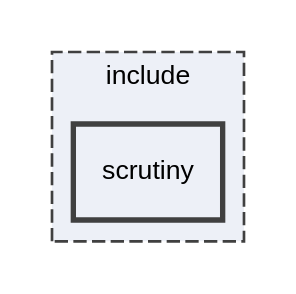
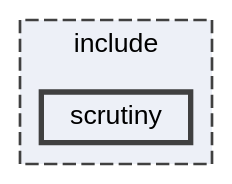
One commit to nickeldan/scrutiny changed the diagram in docs/dir_bbea7df79ae1dc059877576c0778bec3_dep.dot. Above: the diagram before and after it, drawn with Graphviz. The commit also changed 103 other files, not shown here.

```diff
--- a/docs/dir_bbea7df79ae1dc059877576c0778bec3_dep.dot
+++ b/docs/dir_bbea7df79ae1dc059877576c0778bec3_dep.dot
@@ -1,11 +1,12 @@
 digraph "include/scrutiny"
 {
  // LATEX_PDF_SIZE
-  edge [fontname="Helvetica",fontsize="10",labelfontname="Helvetica",labelfontsize="10"];
-  node [fontname="Helvetica",fontsize="10",shape=record];
+  bgcolor="transparent";
+  edge [fontname=Helvetica,fontsize=10,labelfontname=Helvetica,labelfontsize=10];
+  node [fontname=Helvetica,fontsize=10,shape=box,height=0.2,width=0.4];
   compound=true
   subgraph clusterdir_d44c64559bbebec7f509842c48db8b23 {
-    graph [ bgcolor="#edf0f7", pencolor="grey25", style="filled,dashed,", label="include", fontname="Helvetica", fontsize="10", URL="dir_d44c64559bbebec7f509842c48db8b23.html"]
-  dir_bbea7df79ae1dc059877576c0778bec3 [shape=box, label="scrutiny", style="filled,bold,", fillcolor="#edf0f7", color="grey25", URL="dir_bbea7df79ae1dc059877576c0778bec3.html"];
+    graph [ bgcolor="#edf0f7", pencolor="grey25", label="include", fontname=Helvetica,fontsize=10 style="filled,dashed", URL="dir_d44c64559bbebec7f509842c48db8b23.html",tooltip=""]
+  dir_bbea7df79ae1dc059877576c0778bec3 [label="scrutiny", fillcolor="#edf0f7", color="grey25", style="filled,bold", URL="dir_bbea7df79ae1dc059877576c0778bec3.html",tooltip=""];
   }
 }
```
